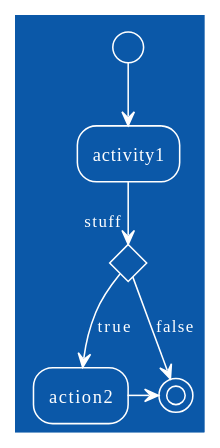
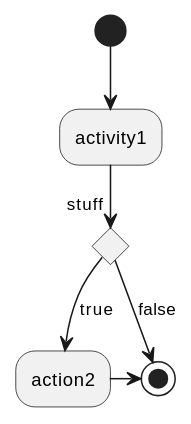
Before and after one commit to UPPMAX/programming_formalisms_intro: the diagram in doc/intro.md, drawn with PlantUML. The commit also changed other lines of this file, not shown here.

````diff
--- a/doc/intro.md
+++ b/doc/intro.md
@@ -228,11 +215,10 @@
 ```{uml}
 @startuml
-!theme amiga 
 (*)--> activity1
 if "stuff" then 
 -->[true] "action2"
 -r->(*)
 else 
 --> [false](*)
 @enduml
 ```
````
